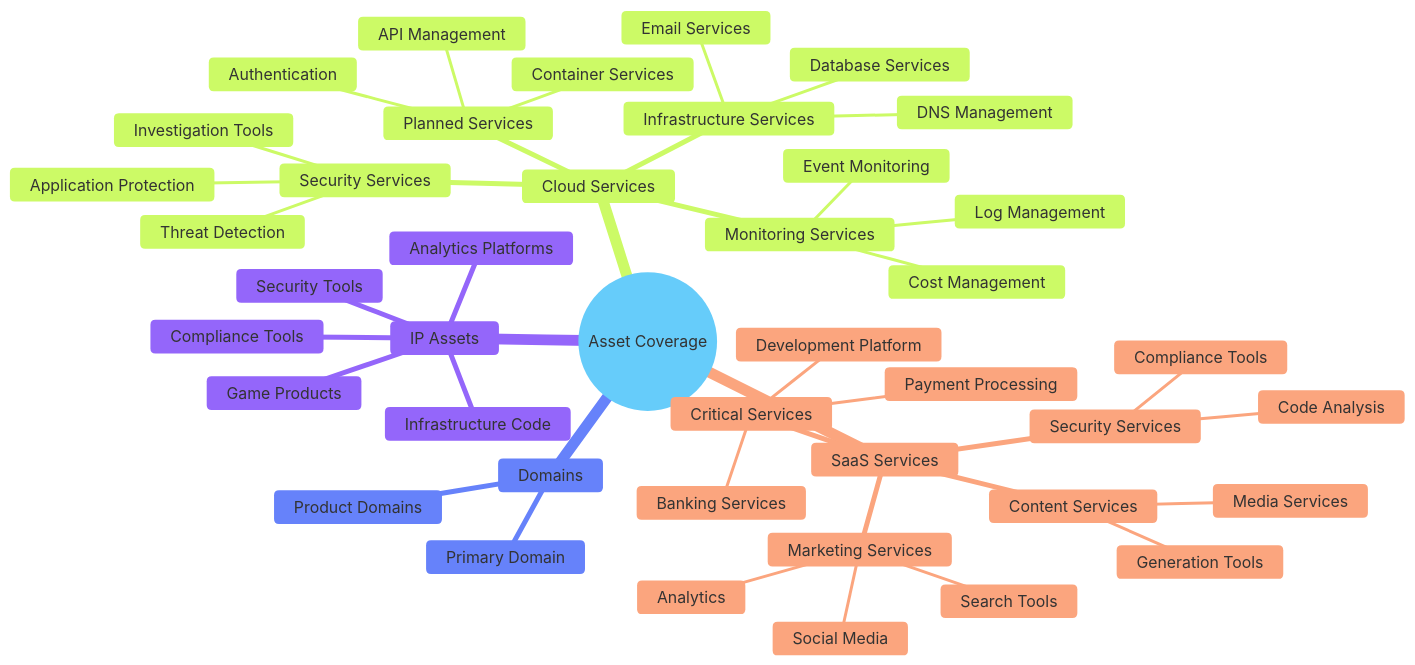
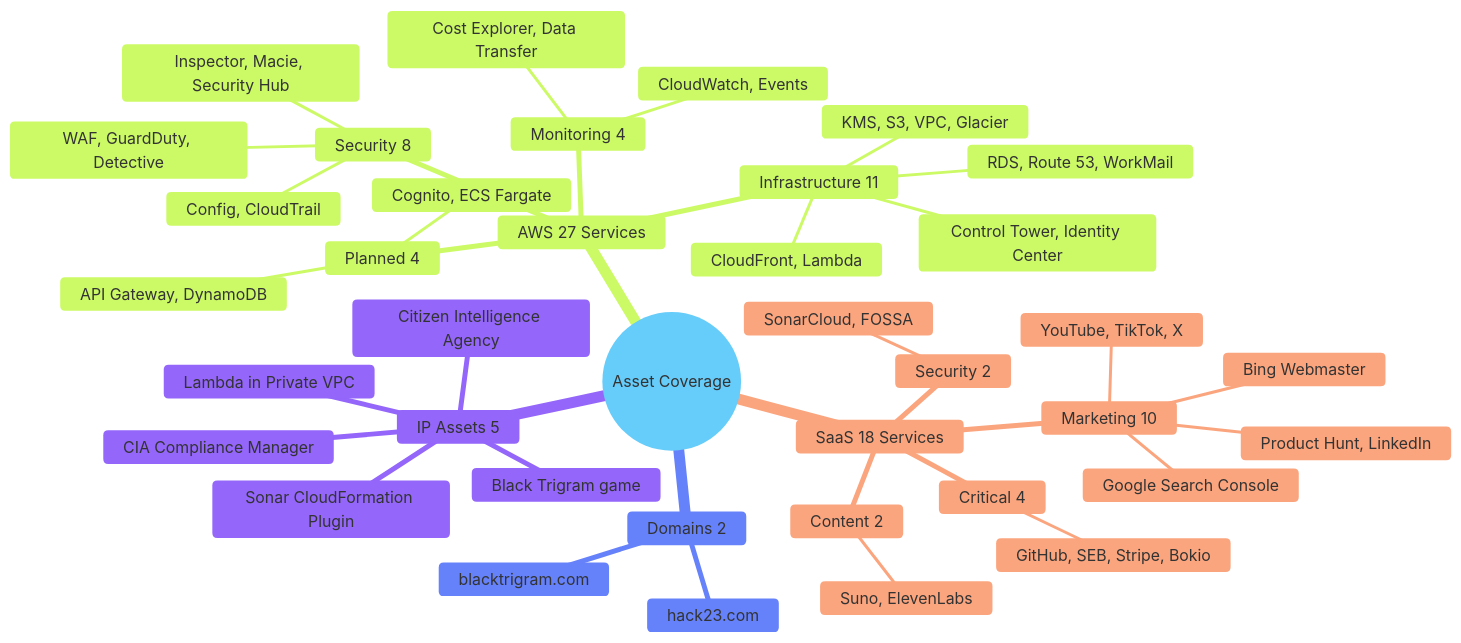
One commit to Hack23/ISMS-PUBLIC changed the sixth of 8 diagrams in Asset_Register.md. Above: the diagram before and after it, drawn with Mermaid. The commit also changed other lines of this file, not shown here.

````diff
--- a/Asset_Register.md
+++ b/Asset_Register.md
@@ -520,48 +536,44 @@
 ```mermaid
 %%{
   init: { 'theme': 'base', 'themeVariables': { 'primaryColor': '#e1f5fe', 'lineColor': '#0288d1' } }
 }%%
 mindmap
   root((Asset Coverage))
-    Cloud Services
-      Security Services
-        Application Protection
-        Threat Detection
-        Investigation Tools
-      Infrastructure Services
-        Database Services
-        DNS Management
-        Email Services
-      Monitoring Services
-        Log Management
-        Cost Management
-        Event Monitoring
-      Planned Services
-        API Management
-        Authentication
-        Container Services
-    SaaS Services
-      Critical Services
-        Development Platform
-        Banking Services
-        Payment Processing
-      Marketing Services
-        Social Media
-        Search Tools
-        Analytics
-      Content Services
-        Generation Tools
-        Media Services
-      Security Services
-        Code Analysis
-        Compliance Tools
-    Domains
-      Primary Domain
-      Product Domains
-    IP Assets
-      Game Products
-      Compliance Tools
-      Analytics Platforms
-      Infrastructure Code
-      Security Tools
+    AWS 27 Services
+      Security 8
+        WAF, GuardDuty, Detective
+        Inspector, Macie, Security Hub
+        Config, CloudTrail
+      Infrastructure 11
+        RDS, Route 53, WorkMail
+        KMS, S3, VPC, Glacier
+        CloudFront, Lambda
+        Control Tower, Identity Center
+      Monitoring 4
+        CloudWatch, Events
+        Cost Explorer, Data Transfer
+      Planned 4
+        API Gateway, DynamoDB
+        Cognito, ECS Fargate
+    SaaS 18 Services
+      Critical 4
+        GitHub, SEB, Stripe, Bokio
+      Marketing 10
+        YouTube, TikTok, X
+        Product Hunt, LinkedIn
+        Google Search Console
+        Bing Webmaster
+      Content 2
+        Suno, ElevenLabs
+      Security 2
+        SonarCloud, FOSSA
+    Domains 2
+      hack23.com
+      blacktrigram.com
+    IP Assets 5
+      Black Trigram game
+      CIA Compliance Manager
+      Citizen Intelligence Agency
+      Lambda in Private VPC
+      Sonar CloudFormation Plugin
 ```
````
